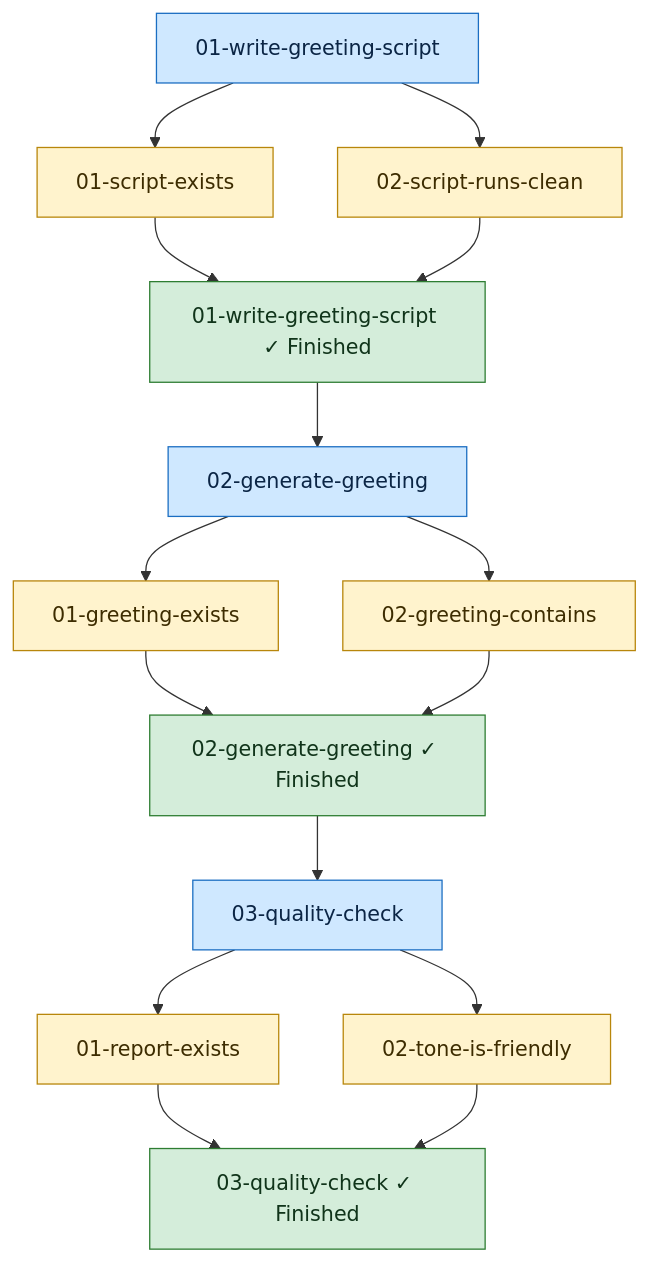
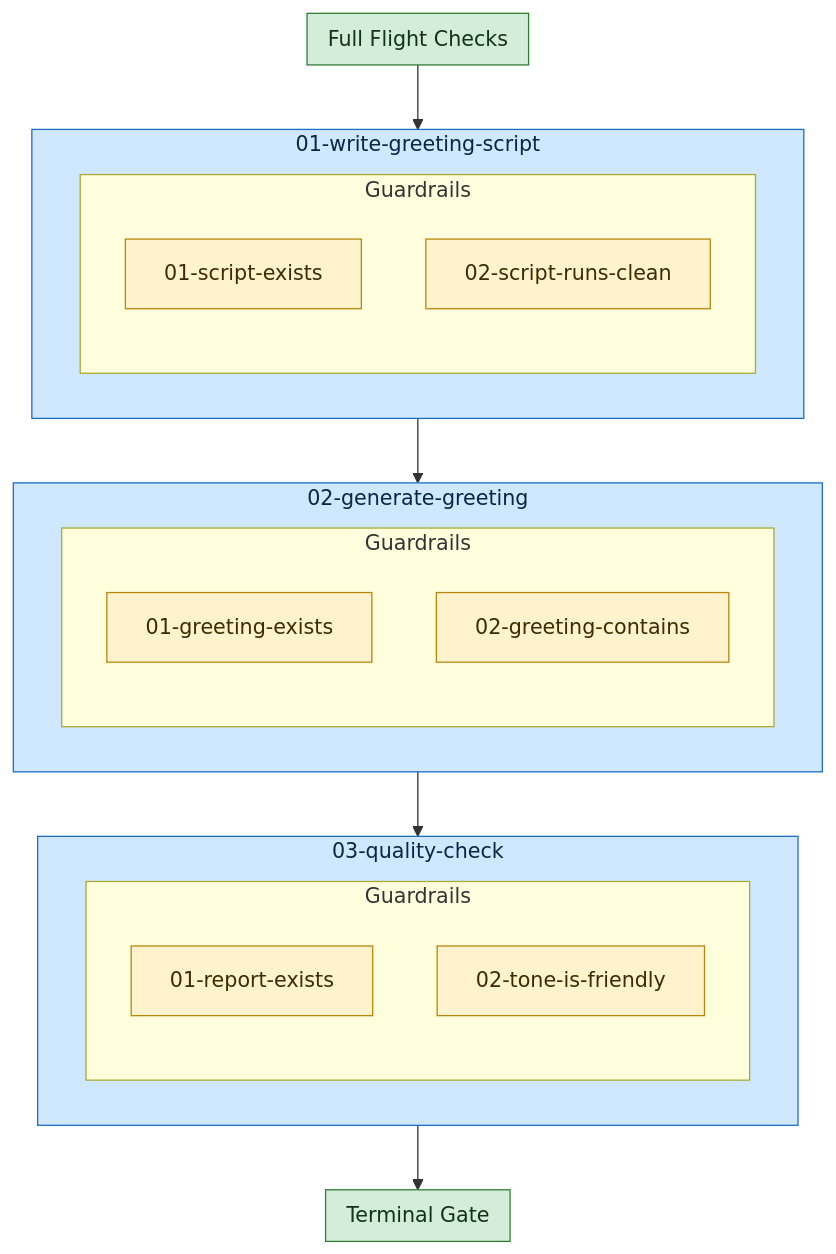
Before and after one commit to Servant-Software-LLC/Guardrails: the diagram in examples/hello-guardrails/hello-guardrails/diagram.md, drawn with Mermaid. The commit also changed other lines of this file and 188 other files, not shown here.

First line of the commit message:
Two-scope preflights & guardrails, first-class (#183) + dogfood-hardening (#209)

````diff
--- a/examples/hello-guardrails/hello-guardrails/diagram.md
+++ b/examples/hello-guardrails/hello-guardrails/diagram.md
@@ -3,32 +3,36 @@
 ```mermaid
 flowchart TD
-  task_01_write_greeting_script["01-write-greeting-script"]:::task
-  gr_01_write_greeting_script_0["01-script-exists"]:::guardrail
-  task_01_write_greeting_script --> gr_01_write_greeting_script_0
-  gr_01_write_greeting_script_0 --> done_01_write_greeting_script
-  gr_01_write_greeting_script_1["02-script-runs-clean"]:::guardrail
-  task_01_write_greeting_script --> gr_01_write_greeting_script_1
-  gr_01_write_greeting_script_1 --> done_01_write_greeting_script
-  done_01_write_greeting_script["01-write-greeting-script ✓ Finished"]:::done
-  task_02_generate_greeting["02-generate-greeting"]:::task
-  gr_02_generate_greeting_0["01-greeting-exists"]:::guardrail
-  task_02_generate_greeting --> gr_02_generate_greeting_0
-  gr_02_generate_greeting_0 --> done_02_generate_greeting
-  gr_02_generate_greeting_1["02-greeting-contains"]:::guardrail
-  task_02_generate_greeting --> gr_02_generate_greeting_1
-  gr_02_generate_greeting_1 --> done_02_generate_greeting
-  done_02_generate_greeting["02-generate-greeting ✓ Finished"]:::done
-  task_03_quality_check["03-quality-check"]:::task
-  gr_03_quality_check_0["01-report-exists"]:::guardrail
-  task_03_quality_check --> gr_03_quality_check_0
-  gr_03_quality_check_0 --> done_03_quality_check
-  gr_03_quality_check_1["02-tone-is-friendly"]:::guardrail
-  task_03_quality_check --> gr_03_quality_check_1
-  gr_03_quality_check_1 --> done_03_quality_check
-  done_03_quality_check["03-quality-check ✓ Finished"]:::done
-  done_01_write_greeting_script --> task_02_generate_greeting
-  done_02_generate_greeting --> task_03_quality_check
-  classDef task fill:#cfe8ff,stroke:#1b6ec2,color:#0b2545;
+  subgraph plan_preflights["Full Flight Checks"]
+  end
+  style plan_preflights fill:#d4edda,stroke:#2e7d32,color:#10341a;
+  subgraph task_01_write_greeting_script["01-write-greeting-script"]
+    subgraph task_01_write_greeting_script_guardrails["Guardrails"]
+      task_01_write_greeting_script_gr_0["01-script-exists"]:::guardrail
+      task_01_write_greeting_script_gr_1["02-script-runs-clean"]:::guardrail
+    end
+  end
+  style task_01_write_greeting_script fill:#cfe8ff,stroke:#1b6ec2,color:#0b2545;
+  subgraph task_02_generate_greeting["02-generate-greeting"]
+    subgraph task_02_generate_greeting_guardrails["Guardrails"]
+      task_02_generate_greeting_gr_0["01-greeting-exists"]:::guardrail
+      task_02_generate_greeting_gr_1["02-greeting-contains"]:::guardrail
+    end
+  end
+  style task_02_generate_greeting fill:#cfe8ff,stroke:#1b6ec2,color:#0b2545;
+  subgraph task_03_quality_check["03-quality-check"]
+    subgraph task_03_quality_check_guardrails["Guardrails"]
+      task_03_quality_check_gr_0["01-report-exists"]:::guardrail
+      task_03_quality_check_gr_1["02-tone-is-friendly"]:::guardrail
+    end
+  end
+  style task_03_quality_check fill:#cfe8ff,stroke:#1b6ec2,color:#0b2545;
+  subgraph plan_guardrails["Terminal Gate"]
+  end
+  style plan_guardrails fill:#d4edda,stroke:#2e7d32,color:#10341a;
+  plan_preflights --> task_01_write_greeting_script
+  task_01_write_greeting_script --> task_02_generate_greeting
+  task_02_generate_greeting --> task_03_quality_check
+  task_03_quality_check --> plan_guardrails
+  classDef preflight fill:#e6d7ff,stroke:#6f42c1,color:#2e1065;
   classDef guardrail fill:#fff3cd,stroke:#b8860b,color:#3d2c00;
-  classDef done fill:#d4edda,stroke:#2e7d32,color:#10341a;
 ```
````
